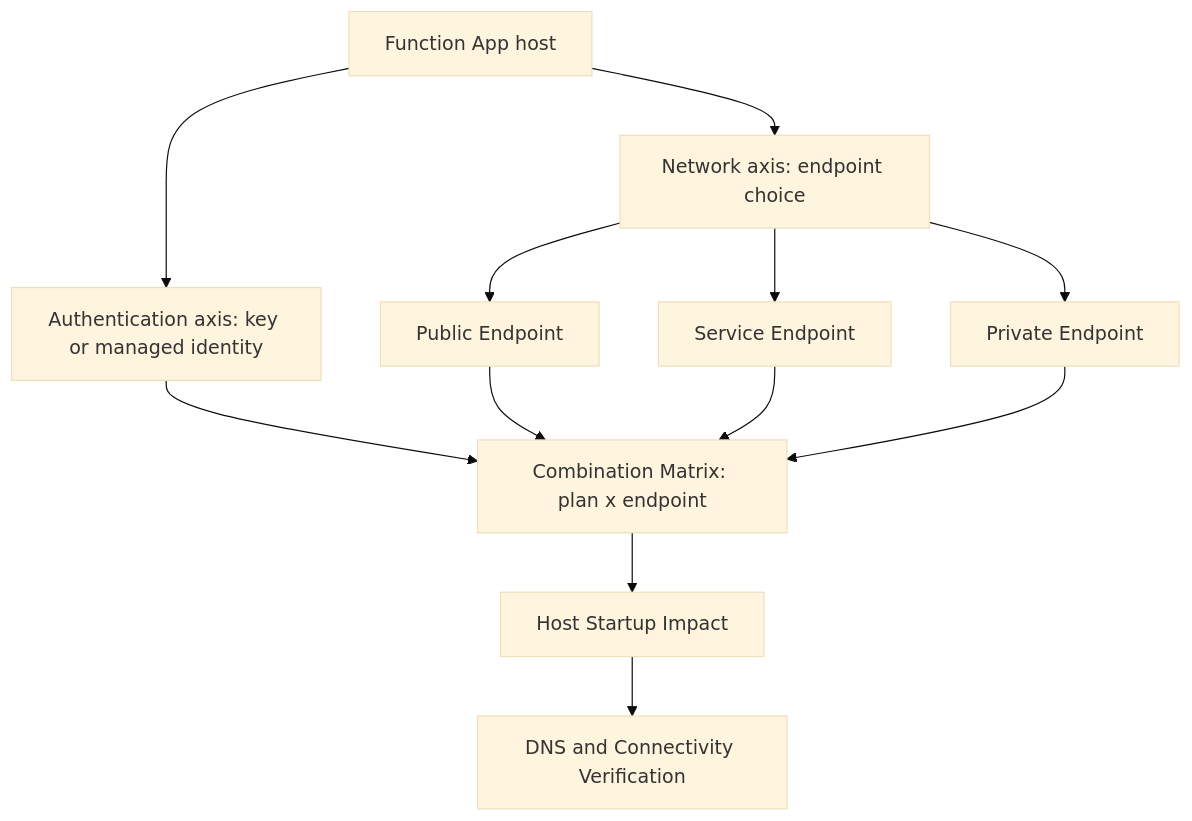
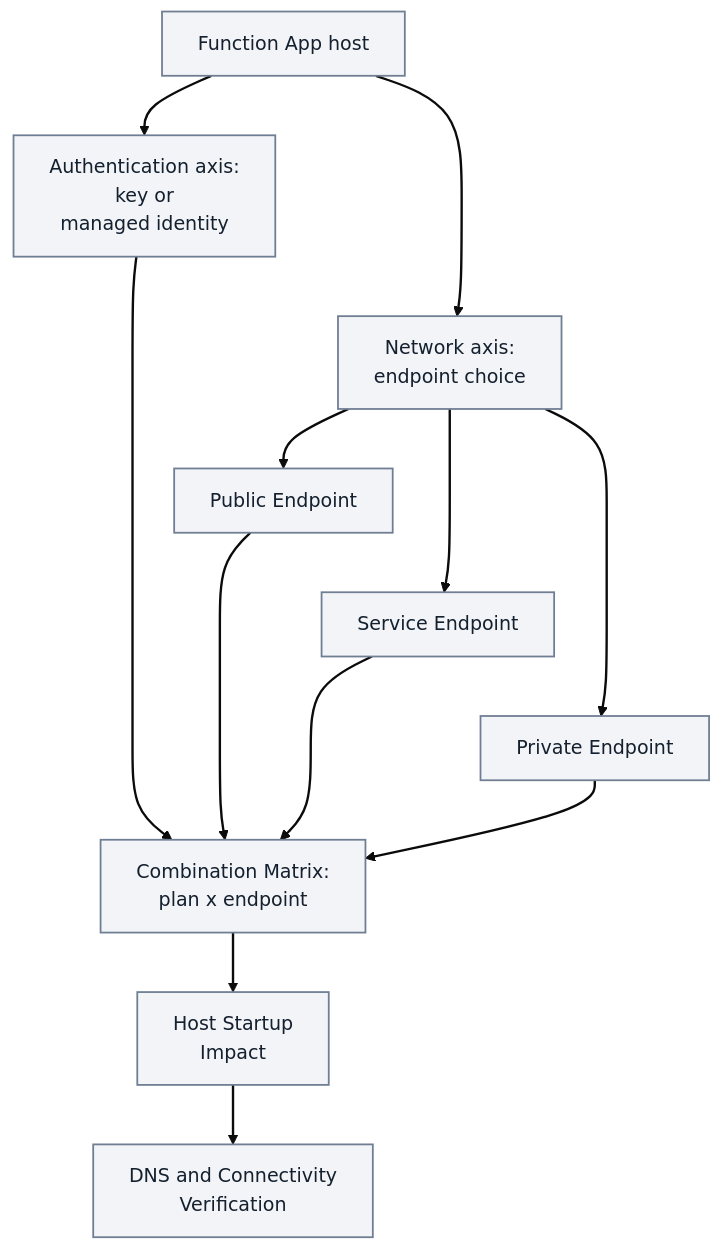
The diagram in docs/platform/storage-connectivity.md (yeongseon/azure-functions-practical-guide), drawn with Mermaid (base theme) before and after one commit. The commit also changed other lines of this file and 1 other file, not shown here.

Commit message:
docs(diagrams): migrate Functions storage — storage connectivity (#410)
docs(diagrams): improve storage connectivity reading map

Preserve both independent axes and all endpoint alternatives while improving narrow-view labels and adding an accessible reading legend. Refresh only the owned inventory record.

Refs #242

````diff
--- a/docs/platform/storage-connectivity.md
+++ b/docs/platform/storage-connectivity.md
@@ -65,14 +66,23 @@
 ```mermaid
 flowchart TD
-    FA["Function App host"] --> AX1["Authentication axis: key or managed identity"]
-    FA --> AX2["Network axis: endpoint choice"]
-    AX1 --> CM["Combination Matrix: plan x endpoint"]
+    accTitle: Functions storage connectivity axes
+    accDescr: Reading map, not network traffic. The Function App host has independent authentication (key or managed identity) and network (public, service or private endpoint) axes. Both lead to the plan-by-endpoint combination matrix, then host startup impact and DNS and connectivity verification. Endpoint choices are alternatives, not successive network hops.
+    FA["Function App host"] --> AX1["Authentication axis:<br/>key or<br/>managed identity"]
+    FA --> AX2["Network axis:<br/>endpoint choice"]
+    AX1 --> CM["Combination Matrix:<br/>plan x endpoint"]
     AX2 --> PE1["Public Endpoint"]
     AX2 --> PE2["Service Endpoint"]
     AX2 --> PE3["Private Endpoint"]
-    PE1 --> CM["Combination Matrix: plan x endpoint"]
+    PE1 --> CM
     PE2 --> CM
     PE3 --> CM
-    CM --> HS["Host Startup Impact"]
-    HS --> DNS["DNS and Connectivity Verification"]
+    CM --> HS["Host Startup<br/>Impact"]
+    HS --> DNS["DNS and Connectivity<br/>Verification"]
+    %% Layout-only links tier the axes and alternatives; they add no steps or semantic arrows.
+    AX1 ~~~ AX2
+    PE1 ~~~ PE2
+    PE2 ~~~ PE3
+    classDef baseNeutral fill:#f2f4f8,stroke:#707e93,stroke-width:1.5px,color:#14202e;
+    class FA,AX1,AX2,PE1,PE2,PE3,CM,HS,DNS baseNeutral;
+    linkStyle default stroke-width:2px;
 ```
````
